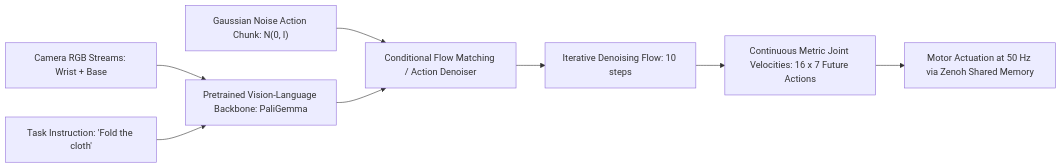
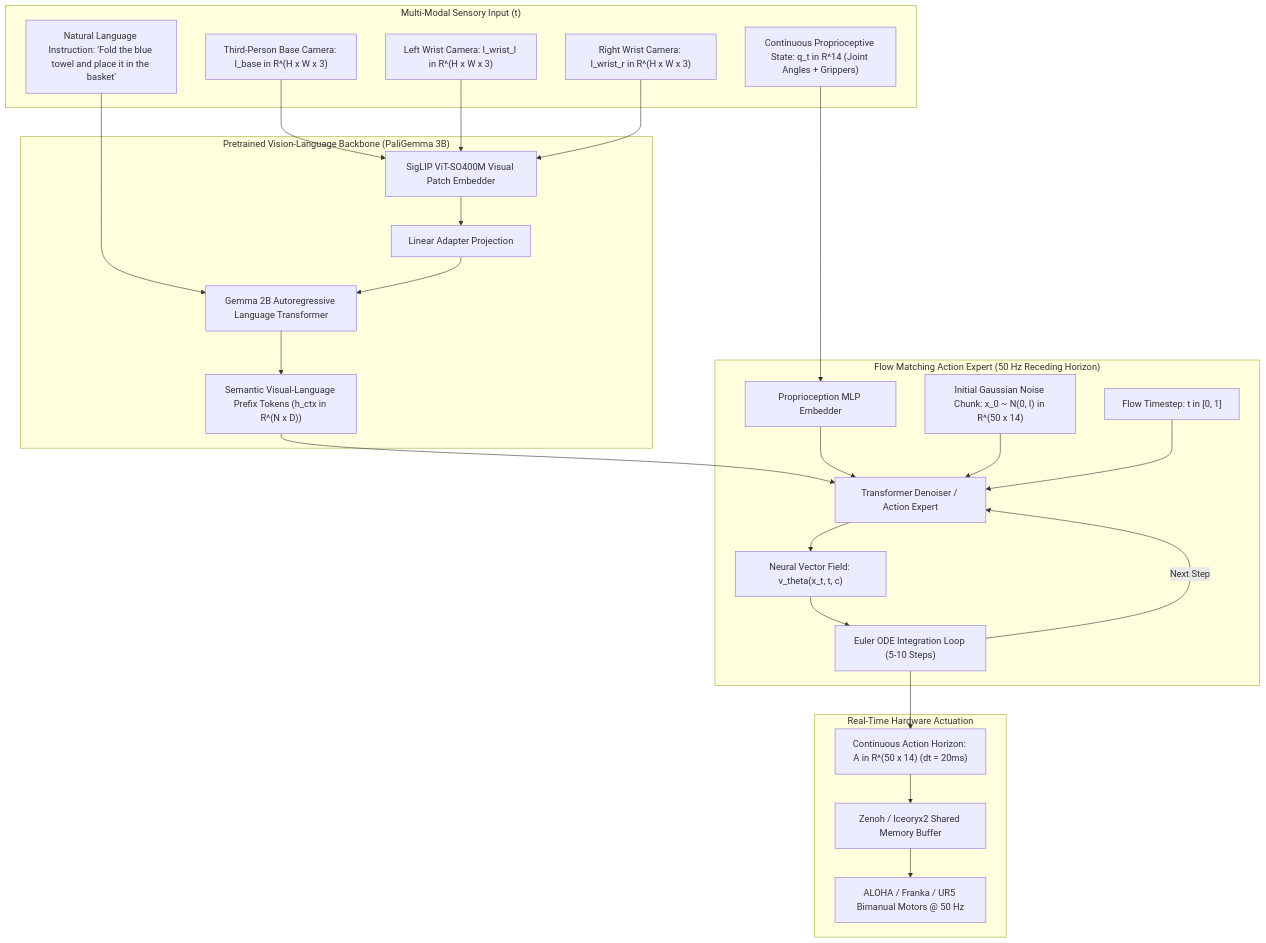
Before and after one commit to sergiomh499/cv-projects: the diagram in architectures/multimodal-vlm-and-vla/pi0-and-diffusion-policy.md, drawn with Mermaid. The commit also changed other lines of this file and 41 other files, not shown here.

Commit message:
docs(vault): deep expansion across 20 topic production pipelines, 2025-2026 architectures (RF-DETR, Qwen2.5-VL, MambaVision), and complete taxonomy matrices

````diff
--- a/architectures/multimodal-vlm-and-vla/pi0-and-diffusion-policy.md
+++ b/architectures/multimodal-vlm-and-vla/pi0-and-diffusion-policy.md
@@ -37,11 +54,35 @@
 ```mermaid
-flowchart LR
-    RGB["Camera RGB Streams: Wrist + Base"] --> VLM["Pretrained Vision-Language Backbone: PaliGemma"]
-    Language["Task Instruction: 'Fold the cloth'"] --> VLM
-    Noise["Gaussian Noise Action Chunk: N(0, I)"] --> Denoiser["Conditional Flow Matching / Action Denoiser"]
-    VLM --> Denoiser
-    Denoiser --> Steps["Iterative Denoising Flow: 10 steps"]
-    Steps --> ActionSeq["Continuous Metric Joint Velocities: 16 x 7 Future Actions"]
-    ActionSeq --> Motor["Motor Actuation at 50 Hz via Zenoh Shared Memory"]
+flowchart TD
+    subgraph Multi_Modal_Sensory_Input ["Multi-Modal Sensory Input (t)"]
+        BaseCam["Third-Person Base Camera: I_base in R^(H x W x 3)"]
+        LeftWrist["Left Wrist Camera: I_wrist_l in R^(H x W x 3)"]
+        RightWrist["Right Wrist Camera: I_wrist_r in R^(H x W x 3)"]
+        Proprio["Continuous Proprioceptive State: q_t in R^14 (Joint Angles + Grippers)"]
+        Instruction["Natural Language Instruction: 'Fold the blue towel and place it in the basket'"]
+    end
 
+    subgraph Pretrained_VLM_Backbone ["Pretrained Vision-Language Backbone (PaliGemma 3B)"]
+        BaseCam & LeftWrist & RightWrist --> SigLIP["SigLIP ViT-SO400M Visual Patch Embedder"]
+        Instruction --> GemmaLM["Gemma 2B Autoregressive Language Transformer"]
+        SigLIP --> TokenProjector["Linear Adapter Projection"]
+        TokenProjector --> GemmaLM
+        GemmaLM --> SemanticPrefix["Semantic Visual-Language Prefix Tokens (h_ctx in R^(N x D))"]
+    end
+
+    subgraph Flow_Matching_Action_Expert ["Flow Matching Action Expert (50 Hz Receding Horizon)"]
+        Proprio --> StateAdapter["Proprioception MLP Embedder"]
+        GaussianNoise["Initial Gaussian Noise Chunk: x_0 ~ N(0, I) in R^(50 x 14)"]
+        FlowTime["Flow Timestep: t in [0, 1]"]
+        
+        SemanticPrefix & StateAdapter & GaussianNoise & FlowTime --> CrossAttnDenoiser["Transformer Denoiser / Action Expert"]
+        CrossAttnDenoiser --> VectorField["Neural Vector Field: v_theta(x_t, t, c)"]
+        VectorField --> EulerODE["Euler ODE Integration Loop (5-10 Steps)"]
+        EulerODE -->|Next Step| CrossAttnDenoiser
+    end
+
+    subgraph Hardware_Actuation ["Real-Time Hardware Actuation"]
+        EulerODE --> SmoothTrajectory["Continuous Action Horizon: A in R^(50 x 14) (dt = 20ms)"]
+        SmoothTrajectory --> SharedMemBridge["Zenoh / Iceoryx2 Shared Memory Buffer"]
+        SharedMemBridge --> BimanualArms["ALOHA / Franka / UR5 Bimanual Motors @ 50 Hz"]
+    end
 ```
````
